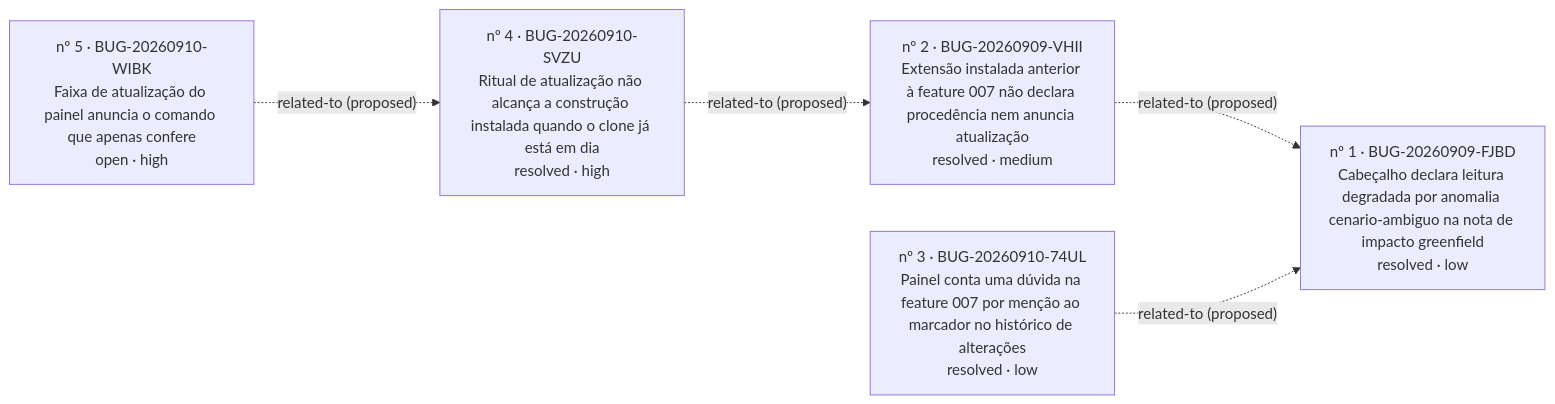
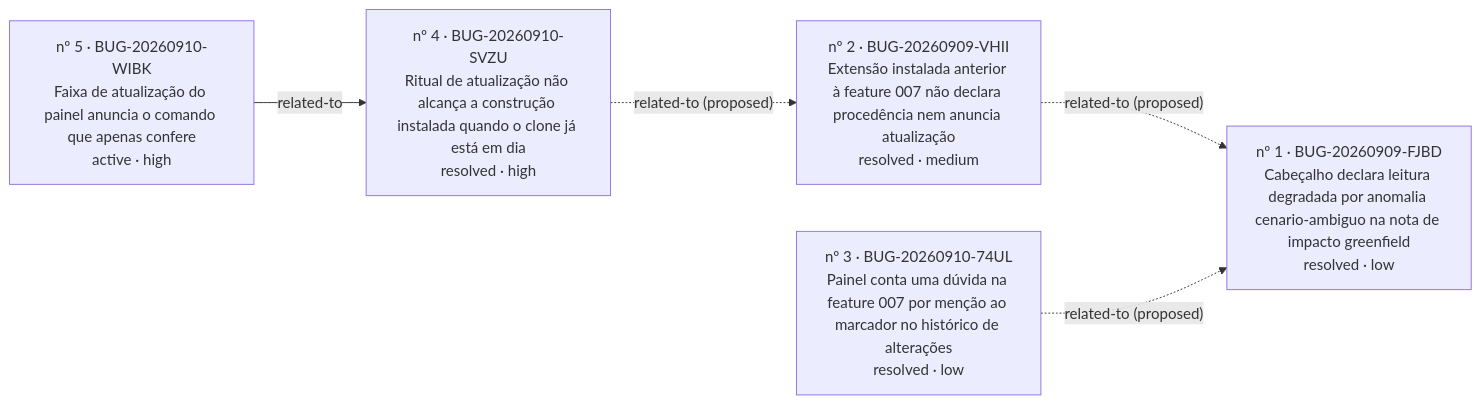
The diagram in _reversa_bugs/painel-do-processo/generated/graph.md (iago-leal/reversa-views), drawn with Mermaid before and after one commit. The commit also changed other lines of this file and 16 other files, not shown here.

First line of the commit message:
fix(bugs): nº 5, a faixa que anunciava o comando que só confere

````diff
--- a/_reversa_bugs/painel-do-processo/generated/graph.md
+++ b/_reversa_bugs/painel-do-processo/generated/graph.md
@@ -4,12 +4,12 @@
 ```mermaid
 graph LR
   BUG_20260909_FJBD["nº 1 · BUG-20260909-FJBD<br/>Cabeçalho declara leitura degradada por anomalia cenario-ambiguo na nota de impacto greenfield<br/>resolved · low"]
   BUG_20260909_VHII["nº 2 · BUG-20260909-VHII<br/>Extensão instalada anterior à feature 007 não declara procedência nem anuncia atualização<br/>resolved · medium"]
   BUG_20260910_74UL["nº 3 · BUG-20260910-74UL<br/>Painel conta uma dúvida na feature 007 por menção ao marcador no histórico de alterações<br/>resolved · low"]
   BUG_20260910_SVZU["nº 4 · BUG-20260910-SVZU<br/>Ritual de atualização não alcança a construção instalada quando o clone já está em dia<br/>resolved · high"]
-  BUG_20260910_WIBK["nº 5 · BUG-20260910-WIBK<br/>Faixa de atualização do painel anuncia o comando que apenas confere<br/>open · high"]
+  BUG_20260910_WIBK["nº 5 · BUG-20260910-WIBK<br/>Faixa de atualização do painel anuncia o comando que apenas confere<br/>active · high"]
   BUG_20260909_VHII -. related-to (proposed) .-> BUG_20260909_FJBD
   BUG_20260910_74UL -. related-to (proposed) .-> BUG_20260909_FJBD
   BUG_20260910_SVZU -. related-to (proposed) .-> BUG_20260909_VHII
-  BUG_20260910_WIBK -. related-to (proposed) .-> BUG_20260910_SVZU
+  BUG_20260910_WIBK -- related-to --> BUG_20260910_SVZU
 ```
````
